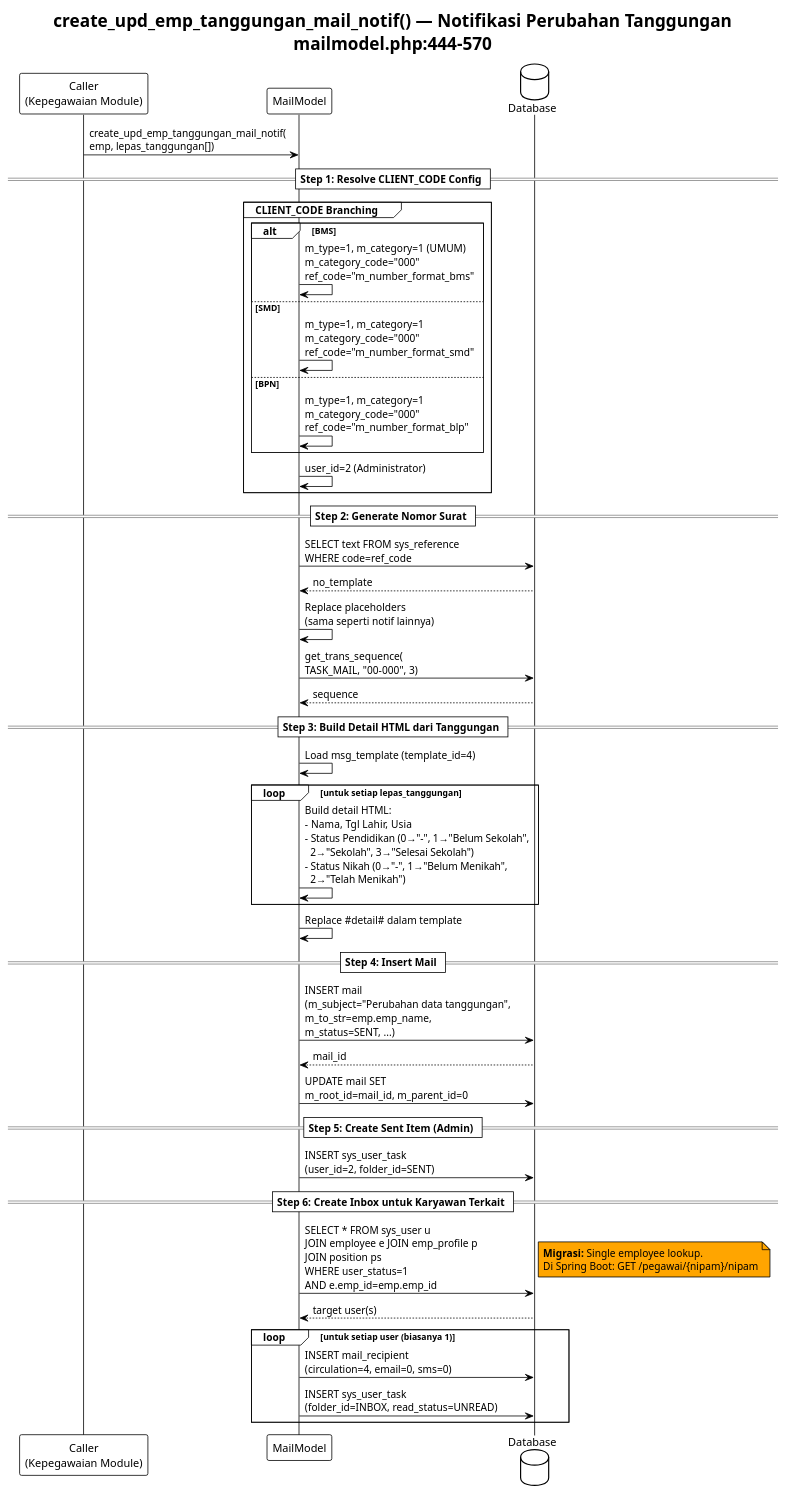
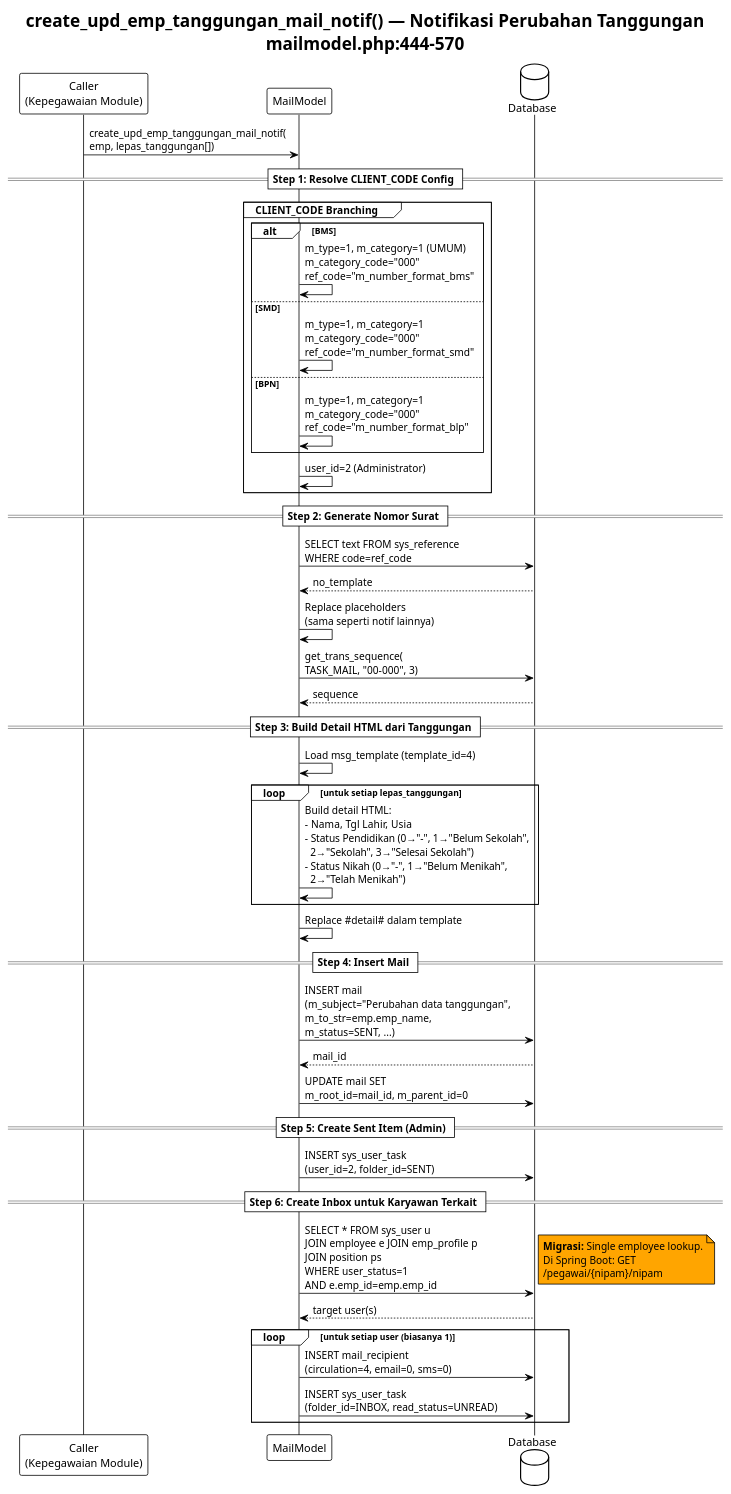
One commit to kentoespdam/smartoffice-migration-docs changed the diagram in docs-v2/business-logic/planuml/puml/mail-notif-tanggungan.puml. Above: the diagram before and after it, drawn with PlantUML. The commit also changed 23 other files, not shown here.

```diff
--- a/docs-v2/business-logic/planuml/puml/mail-notif-tanggungan.puml
+++ b/docs-v2/business-logic/planuml/puml/mail-notif-tanggungan.puml
@@ -1,69 +1,71 @@
-@startuml
+@startuml mail-notif-tanggungan
 !theme plain
+skinparam shadowing false
+skinparam wrapWidth 220
 title create_upd_emp_tanggungan_mail_notif() — Notifikasi Perubahan Tanggungan\nmailmodel.php:444-570
 
 participant "Caller\n(Kepegawaian Module)" as Caller
 participant "MailModel" as Model
 database "Database" as DB
 
 Caller -> Model : create_upd_emp_tanggungan_mail_notif(\nemp, lepas_tanggungan[])
 
 == Step 1: Resolve CLIENT_CODE Config ==
 
 group CLIENT_CODE Branching
   alt BMS
     Model -> Model : m_type=1, m_category=1 (UMUM)\nm_category_code="000"\nref_code="m_number_format_bms"
   else SMD
     Model -> Model : m_type=1, m_category=1\nm_category_code="000"\nref_code="m_number_format_smd"
   else BPN
     Model -> Model : m_type=1, m_category=1\nm_category_code="000"\nref_code="m_number_format_blp"
   end
   Model -> Model : user_id=2 (Administrator)
 end
 
 == Step 2: Generate Nomor Surat ==
 
 Model -> DB : SELECT text FROM sys_reference\nWHERE code=ref_code
 DB --> Model : no_template
 
 Model -> Model : Replace placeholders\n(sama seperti notif lainnya)
 
 Model -> DB : get_trans_sequence(\nTASK_MAIL, "00-000", 3)
 DB --> Model : sequence
 
 == Step 3: Build Detail HTML dari Tanggungan ==
 
 Model -> Model : Load msg_template (template_id=4)
 
 loop untuk setiap lepas_tanggungan
   Model -> Model : Build detail HTML:\n- Nama, Tgl Lahir, Usia\n- Status Pendidikan (0→"-", 1→"Belum Sekolah",\n  2→"Sekolah", 3→"Selesai Sekolah")\n- Status Nikah (0→"-", 1→"Belum Menikah",\n  2→"Telah Menikah")
 end
 
 Model -> Model : Replace #detail# dalam template
 
 == Step 4: Insert Mail ==
 
 Model -> DB : INSERT mail\n(m_subject="Perubahan data tanggungan",\nm_to_str=emp.emp_name,\nm_status=SENT, ...)
 DB --> Model : mail_id
 
 Model -> DB : UPDATE mail SET\nm_root_id=mail_id, m_parent_id=0
 
 == Step 5: Create Sent Item (Admin) ==
 
 Model -> DB : INSERT sys_user_task\n(user_id=2, folder_id=SENT)
 
 == Step 6: Create Inbox untuk Karyawan Terkait ==
 
 Model -> DB : SELECT * FROM sys_user u\nJOIN employee e JOIN emp_profile p\nJOIN position ps\nWHERE user_status=1\nAND e.emp_id=emp.emp_id
 note right #Orange
   **Migrasi:** Single employee lookup.
   Di Spring Boot: GET /pegawai/{nipam}/nipam
 end note
 DB --> Model : target user(s)
 
 loop untuk setiap user (biasanya 1)
   Model -> DB : INSERT mail_recipient\n(circulation=4, email=0, sms=0)
   Model -> DB : INSERT sys_user_task\n(folder_id=INBOX, read_status=UNREAD)
 end
 
 @enduml
```
